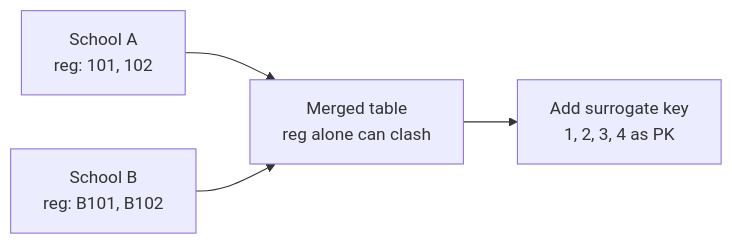
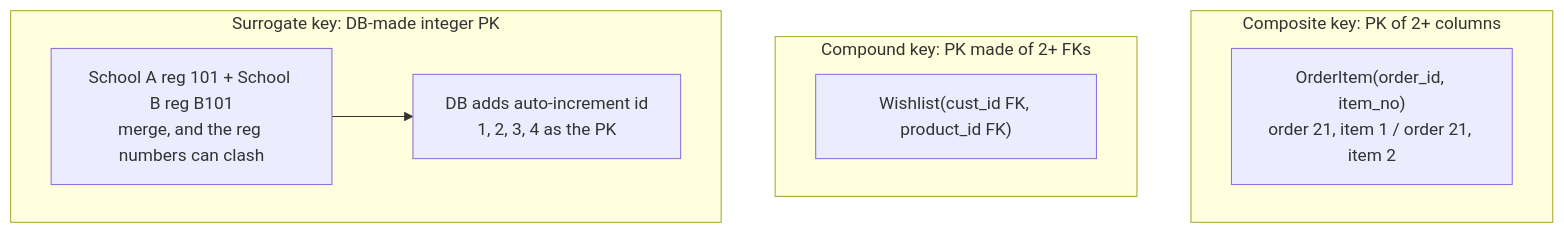
The eighth of 10 diagrams in dbms/07-relational-model.md (aaryan-pradhan/core-cs-fundamentals), drawn with Mermaid before and after one commit. The commit also changed other lines of this file, not shown here.

````diff
--- a/dbms/07-relational-model.md
+++ b/dbms/07-relational-model.md
@@ -87,6 +118,12 @@
 ```mermaid
-flowchart LR
-  A["School A<br/>reg: 101, 102"] --> M["Merged table<br/>reg alone can clash"]
-  B["School B<br/>reg: B101, B102"] --> M
-  M --> S["Add surrogate key<br/>1, 2, 3, 4 as PK"]
+flowchart TB
+  subgraph CO["Composite key: PK of 2+ columns"]
+    C1["OrderItem(order_id, item_no)<br/>order 21, item 1 / order 21, item 2"]
+  end
+  subgraph CP["Compound key: PK made of 2+ FKs"]
+    P1["Wishlist(cust_id FK, product_id FK)"]
+  end
+  subgraph SU["Surrogate key: DB-made integer PK"]
+    S1["School A reg 101 + School B reg B101<br/>merge, and the reg numbers can clash"] --> S2["DB adds auto-increment id<br/>1, 2, 3, 4 as the PK"]
+  end
 ```
````
